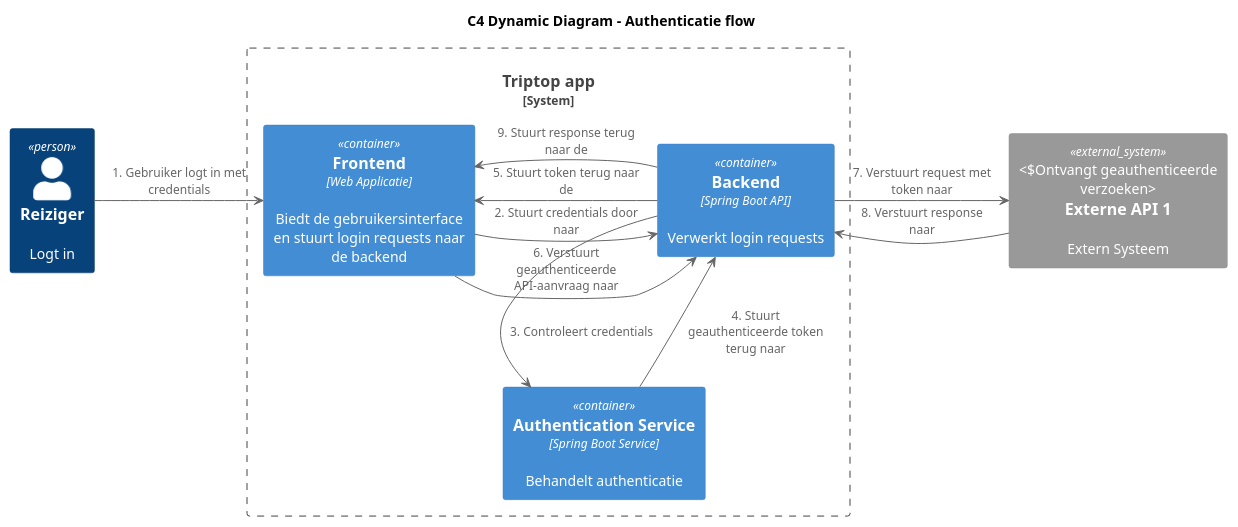
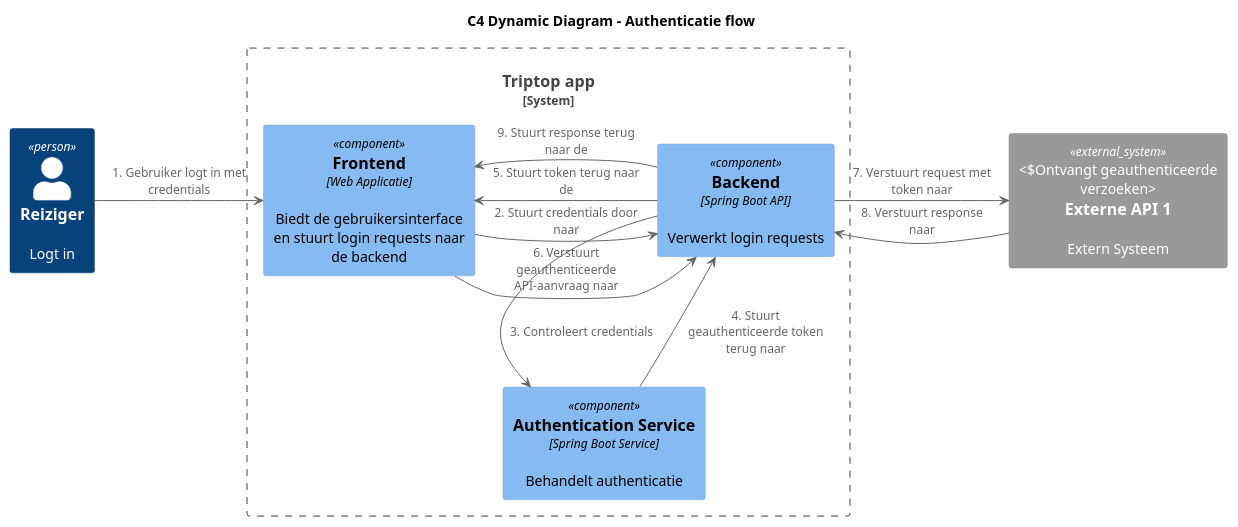
Before and after one commit to AIM-ENE-feb25/triptop-peak-performers-groep-1: the diagram in opdracht-diagrammen/C4-Diagrammen/C4-Dynamisch-Diagram-Mischa.puml, drawn with PlantUML. The commit also changed 10 other files, not shown here.

Commit message:
Kleine verandringen in veel diagrammen

```diff
--- a/opdracht-diagrammen/C4-Diagrammen/C4-Dynamisch-Diagram-Mischa.puml
+++ b/opdracht-diagrammen/C4-Diagrammen/C4-Dynamisch-Diagram-Mischa.puml
@@ -1,26 +1,26 @@
 @startuml
-!include <C4/C4_Container>
+!include <C4/C4_Component>
 
 title C4 Dynamic Diagram - Authenticatie flow
 
 LAYOUT_TOP_DOWN()
 Person(User, "Reiziger", "Logt in")
 System_Boundary(Webapp, "Triptop app") {
-    Container(Frontend, "Frontend", "Web Applicatie", "Biedt de gebruikersinterface en stuurt login requests naar de backend")
-    Container(Backend, "Backend", "Spring Boot API", "Verwerkt login requests")
-    Container(AuthenticationService, "Authentication Service", "Spring Boot Service", "Behandelt authenticatie")
+    Component(Frontend, "Frontend", "Web Applicatie", "Biedt de gebruikersinterface en stuurt login requests naar de backend")
+    Component(Backend, "Backend", "Spring Boot API", "Verwerkt login requests")
+    Component(AuthenticationService, "Authentication Service", "Spring Boot Service", "Behandelt authenticatie")
 }
 
 System_Ext(ExternalAPI1, "Externe API 1", "Extern Systeem", "Ontvangt geauthenticeerde verzoeken")
 
 User -right-> Frontend: 1. Gebruiker logt in met credentials
 Frontend -right-> Backend: 2. Stuurt credentials door naar
 Backend -down-> AuthenticationService: 3. Controleert credentials
 AuthenticationService -up-> Backend: 4. Stuurt geauthenticeerde token terug naar
 Backend -left-> Frontend: 5. Stuurt token terug naar de
 Frontend -right-> Backend: 6. Verstuurt geauthenticeerde API-aanvraag naar
 Backend -right-> ExternalAPI1: 7. Verstuurt request met token naar
 ExternalAPI1 -left-> Backend: 8. Verstuurt response naar
 Backend -left-> Frontend: 9. Stuurt response terug naar de
 
 @enduml
```
